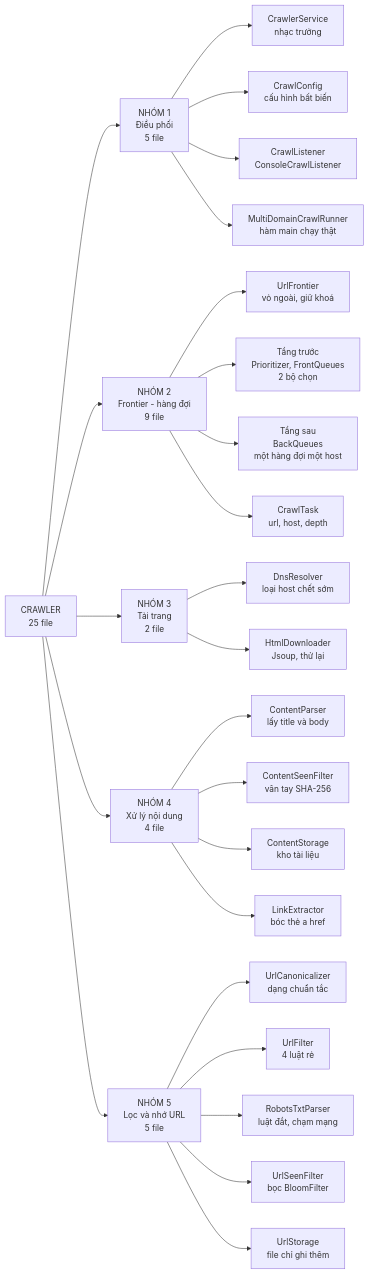
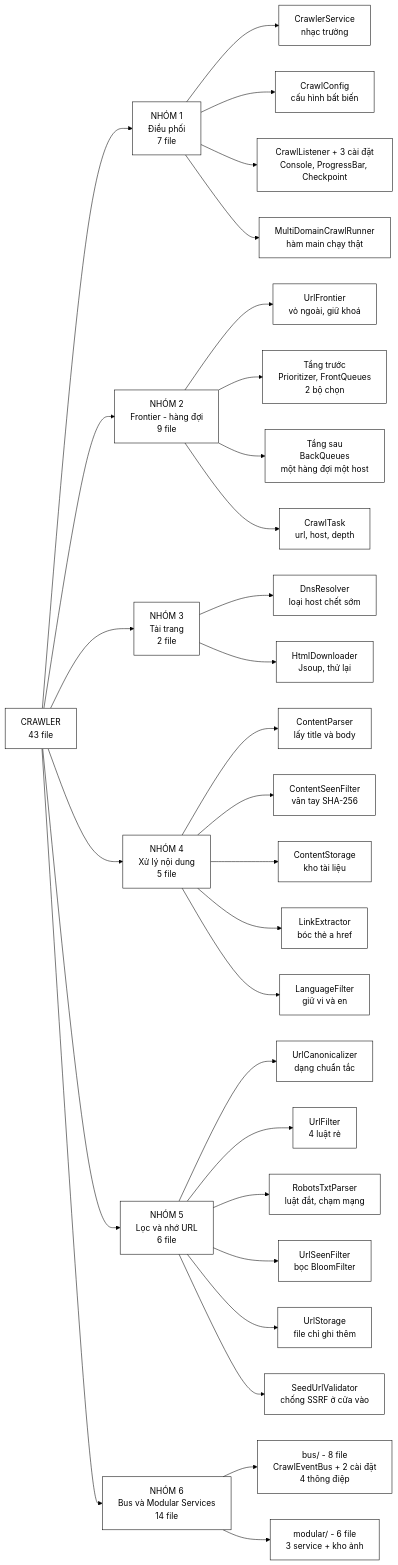
One commit to huynhlam3211-boop/Search_Engine_Project changed the first of 14 diagrams in docs/Math/01-crawler/00-SO-DO-TU-DUY.md. Above: the diagram before and after it, drawn with Mermaid. The commit also changed other lines of this file and 249 other files, not shown here.

````diff
--- a/docs/Math/01-crawler/00-SO-DO-TU-DUY.md
+++ b/docs/Math/01-crawler/00-SO-DO-TU-DUY.md
@@ -21,34 +33,41 @@
 ```mermaid
+%%{init:{'theme':'base','themeVariables':{'background':'#ffffff','primaryColor':'#ffffff','primaryTextColor':'#000000','primaryBorderColor':'#000000','secondaryColor':'#ffffff','secondaryTextColor':'#000000','secondaryBorderColor':'#000000','tertiaryColor':'#ffffff','tertiaryTextColor':'#000000','tertiaryBorderColor':'#000000','lineColor':'#000000','textColor':'#000000','mainBkg':'#ffffff','nodeBorder':'#000000','clusterBkg':'#ffffff','clusterBorder':'#000000','edgeLabelBackground':'#ffffff','actorBkg':'#ffffff','actorBorder':'#000000','actorTextColor':'#000000','actorLineColor':'#000000','signalColor':'#000000','signalTextColor':'#000000','labelBoxBkgColor':'#ffffff','labelBoxBorderColor':'#000000','labelTextColor':'#000000','loopTextColor':'#000000','noteBkgColor':'#ffffff','noteBorderColor':'#000000','noteTextColor':'#000000','sequenceNumberColor':'#ffffff','fontFamily':'ui-monospace, SFMono-Regular, Consolas, monospace'}}}%%
 flowchart LR
-    ROOT["CRAWLER<br/>25 file"]
+    ROOT["CRAWLER<br/>43 file"]
 
-    ROOT --> G1["NHÓM 1<br/>Điều phối<br/>5 file"]
+    ROOT --> G1["NHÓM 1<br/>Điều phối<br/>7 file"]
     ROOT --> G2["NHÓM 2<br/>Frontier - hàng đợi<br/>9 file"]
     ROOT --> G3["NHÓM 3<br/>Tải trang<br/>2 file"]
-    ROOT --> G4["NHÓM 4<br/>Xử lý nội dung<br/>4 file"]
-    ROOT --> G5["NHÓM 5<br/>Lọc và nhớ URL<br/>5 file"]
+    ROOT --> G4["NHÓM 4<br/>Xử lý nội dung<br/>5 file"]
+    ROOT --> G5["NHÓM 5<br/>Lọc và nhớ URL<br/>6 file"]
+    ROOT --> G6["NHÓM 6<br/>Bus và Modular Services<br/>14 file"]
 
     G1 --> G1A["CrawlerService<br/>nhạc trưởng"]
     G1 --> G1B["CrawlConfig<br/>cấu hình bất biến"]
-    G1 --> G1C["CrawlListener<br/>ConsoleCrawlListener"]
+    G1 --> G1C["CrawlListener + 3 cài đặt<br/>Console, ProgressBar, Checkpoint"]
     G1 --> G1D["MultiDomainCrawlRunner<br/>hàm main chạy thật"]
+
+    G6 --> G6A["bus/ - 8 file<br/>CrawlEventBus + 2 cài đặt<br/>4 thông điệp"]
+    G6 --> G6B["modular/ - 6 file<br/>3 service + kho ảnh"]
 
     G2 --> G2A["UrlFrontier<br/>vỏ ngoài, giữ khoá"]
     G2 --> G2B["Tầng trước<br/>Prioritizer, FrontQueues<br/>2 bộ chọn"]
     G2 --> G2C["Tầng sau<br/>BackQueues<br/>một hàng đợi một host"]
     G2 --> G2D["CrawlTask<br/>url, host, depth"]
 
     G3 --> G3A["DnsResolver<br/>loại host chết sớm"]
     G3 --> G3B["HtmlDownloader<br/>Jsoup, thử lại"]
 
     G4 --> G4A["ContentParser<br/>lấy title và body"]
     G4 --> G4B["ContentSeenFilter<br/>vân tay SHA-256"]
     G4 --> G4C["ContentStorage<br/>kho tài liệu"]
     G4 --> G4D["LinkExtractor<br/>bóc thẻ a href"]
+    G4 --> G4E["LanguageFilter<br/>giữ vi và en"]
 
     G5 --> G5A["UrlCanonicalizer<br/>dạng chuẩn tắc"]
     G5 --> G5B["UrlFilter<br/>4 luật rẻ"]
     G5 --> G5C["RobotsTxtParser<br/>luật đắt, chạm mạng"]
     G5 --> G5D["UrlSeenFilter<br/>bọc BloomFilter"]
     G5 --> G5E["UrlStorage<br/>file chỉ ghi thêm"]
+    G5 --> G5F["SeedUrlValidator<br/>chống SSRF ở cửa vào"]
 ```
````
